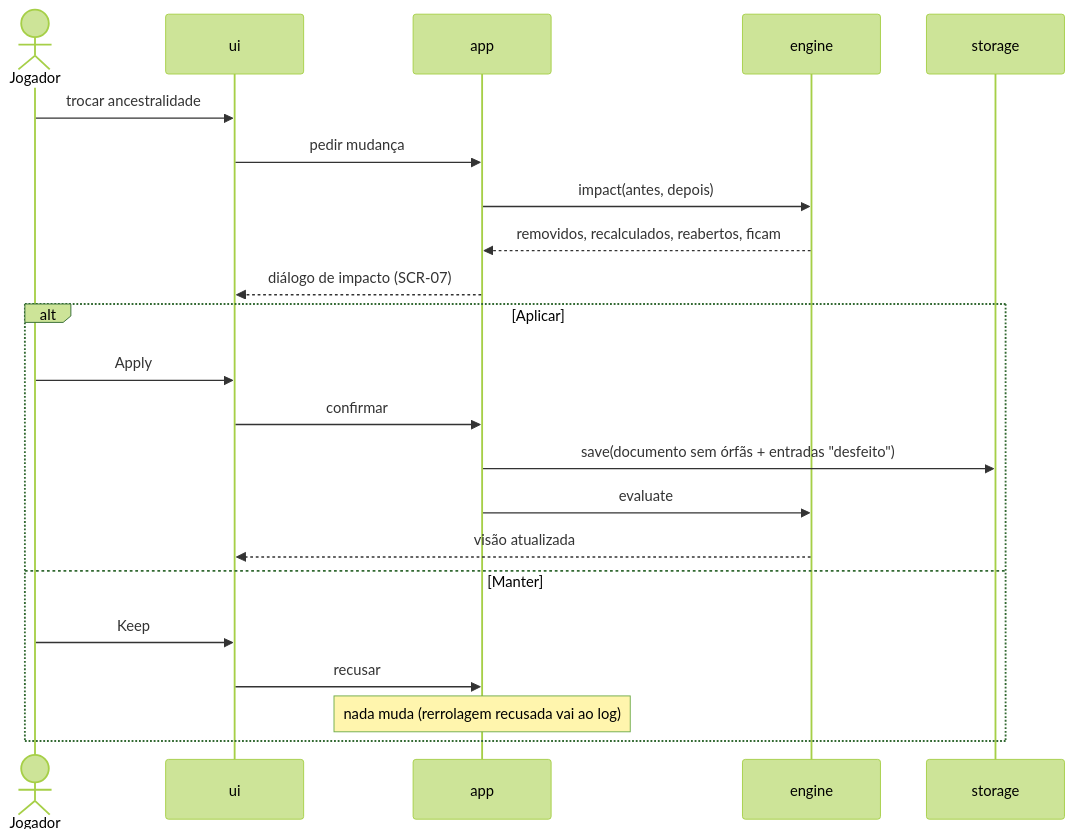
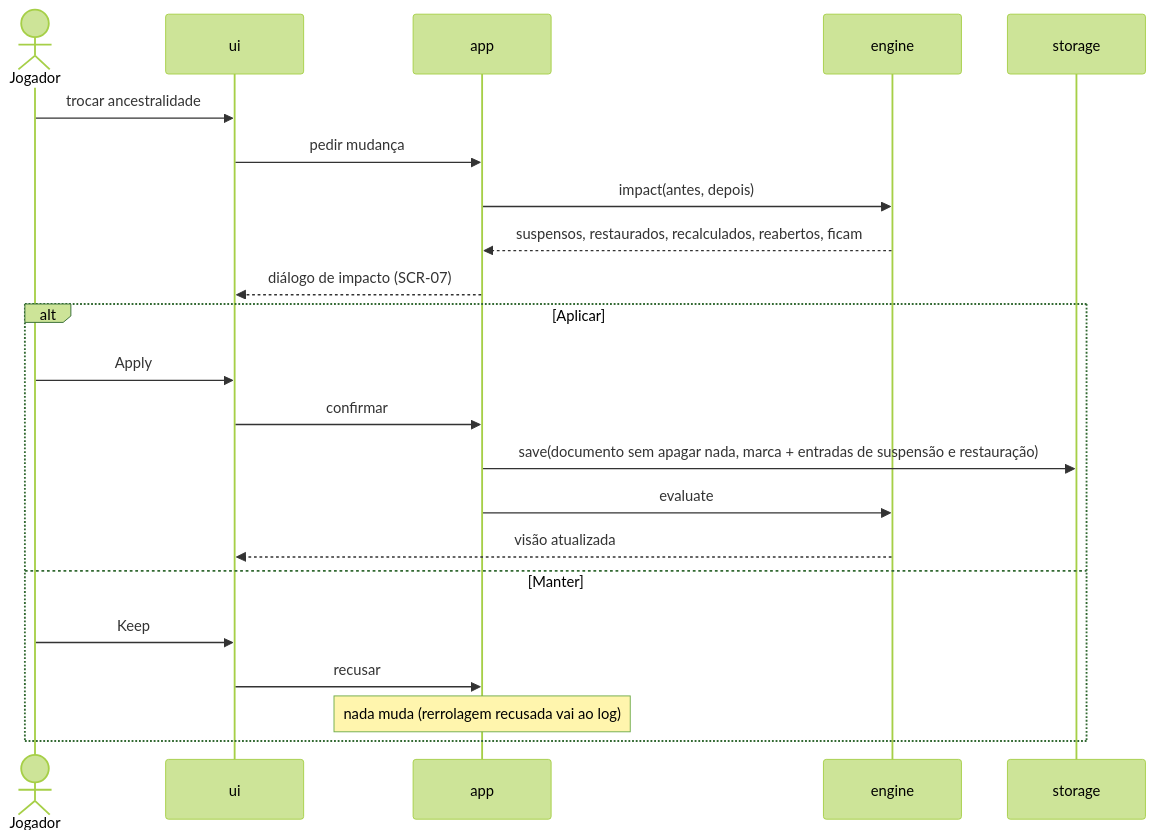
The fifth of 6 diagrams in docs/architecture.md (AntonioVCruz/sotdl-character-generator), drawn with Mermaid (forest theme) before and after one commit. The commit also changed other lines of this file, not shown here.

````diff
--- a/docs/architecture.md
+++ b/docs/architecture.md
@@ -155,24 +155,24 @@
 ```mermaid
 sequenceDiagram
     actor J as Jogador
     participant UI as ui
     participant APP as app
     participant E as engine
     participant S as storage
     J->>UI: trocar ancestralidade
     UI->>APP: pedir mudança
     APP->>E: impact(antes, depois)
-    E-->>APP: removidos, recalculados, reabertos, ficam
+    E-->>APP: suspensos, restaurados, recalculados, reabertos, ficam
     APP-->>UI: diálogo de impacto (SCR-07)
     alt Aplicar
         J->>UI: Apply
         UI->>APP: confirmar
-        APP->>S: save(documento sem órfãs + entradas "desfeito")
+        APP->>S: save(documento sem apagar nada, marca + entradas de suspensão e restauração)
         APP->>E: evaluate
         E-->>UI: visão atualizada
     else Manter
         J->>UI: Keep
         UI->>APP: recusar
         Note over APP: nada muda (rerrolagem recusada vai ao log)
     end
 ```
````
